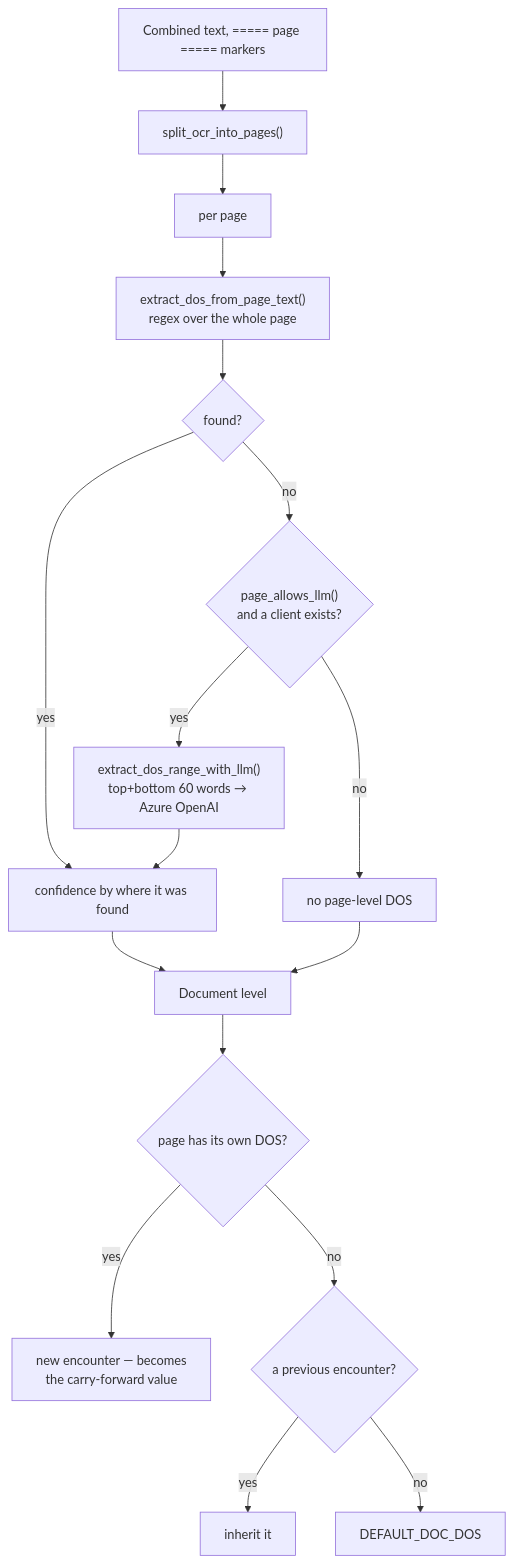
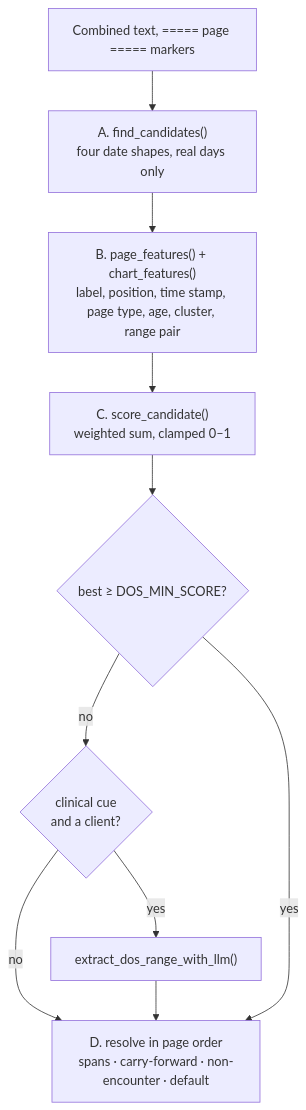
One commit to abhinavdg-ever/model-repo changed the seventh of 7 diagrams in docs/LOGIC.md. Above: the diagram before and after it, drawn with Mermaid. The commit also changed other lines of this file and 22 other files, not shown here.

First line of the commit message:
Score each date of service, and choose an encounter setting from the highest evidence tier.

````diff
--- a/docs/LOGIC.md
+++ b/docs/LOGIC.md
@@ -462,19 +467,12 @@
 ```mermaid
 flowchart TD
-  TXT["Combined text, ===== page ===== markers"] --> SPLIT["split_ocr_into_pages()"]
-  SPLIT --> PAGE["per page"]
-  PAGE --> RX["extract_dos_from_page_text()<br/>regex over the whole page"]
-  RX --> HIT{"found?"}
-  HIT -- yes --> CONF["confidence by where it was found"]
-  HIT -- no --> ALLOW{"page_allows_llm()<br/>and a client exists?"}
-  ALLOW -- yes --> LLM["extract_dos_range_with_llm()<br/>top+bottom 60 words → Azure OpenAI"]
-  ALLOW -- no --> NONE["no page-level DOS"]
-  LLM --> CONF
-  CONF --> DOC
-  NONE --> DOC
-  DOC["Document level"] --> CF{"page has its own DOS?"}
-  CF -- yes --> NEW["new encounter — becomes<br/>the carry-forward value"]
-  CF -- no --> INH{"a previous encounter?"}
-  INH -- yes --> CARRY["inherit it"]
-  INH -- no --> DEF["DEFAULT_DOC_DOS"]
+  TXT["Combined text, ===== page ===== markers"] --> A["A. find_candidates()<br/>four date shapes, real days only"]
+  A --> B["B. page_features() + chart_features()<br/>label, position, time stamp, page type, age, cluster, range pair"]
+  B --> C["C. score_candidate()<br/>weighted sum, clamped 0–1"]
+  C --> BEST{"best ≥ DOS_MIN_SCORE?"}
+  BEST -- no --> LLM{"clinical cue<br/>and a client?"}
+  LLM -- yes --> AOAI["extract_dos_range_with_llm()"]
+  LLM -- no --> D
+  AOAI --> D
+  BEST -- yes --> D["D. resolve in page order<br/>spans · carry-forward · non-encounter · default"]
 ```
````
